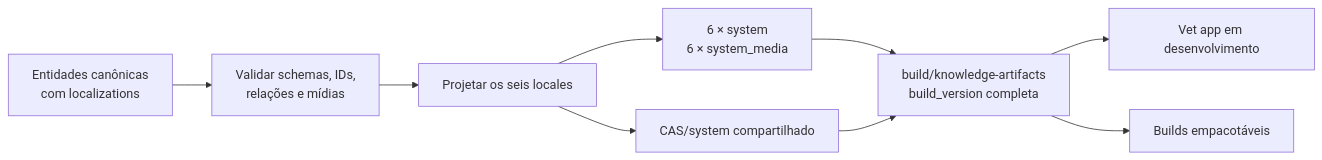
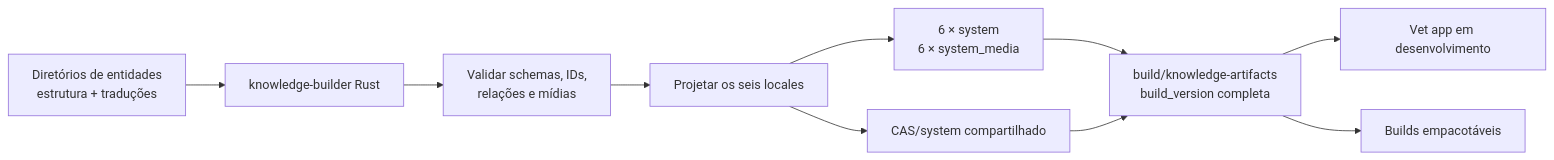
The diagram in docs/plans/hub-server/01-knowledge-artifacts-preparation.md (migmoroni/veterinary-clinic), drawn with Mermaid before and after one commit. The commit also changed other lines of this file and 7 other files, not shown here.

````diff
--- a/docs/plans/hub-server/01-knowledge-artifacts-preparation.md
+++ b/docs/plans/hub-server/01-knowledge-artifacts-preparation.md
@@ -55,11 +59,12 @@
 ```mermaid
 flowchart LR
-    SOURCE["Entidades canônicas<br/>com localizations"] --> VALIDATE["Validar schemas, IDs,<br/>relações e mídias"]
+    SOURCE["Diretórios de entidades<br/>estrutura + traduções"] --> BUILDER["knowledge-builder Rust"]
+    BUILDER --> VALIDATE["Validar schemas, IDs,<br/>relações e mídias"]
     VALIDATE --> PROJECT["Projetar os seis locales"]
     PROJECT --> DATABASES["6 × system<br/>6 × system_media"]
     PROJECT --> CAS["CAS/system compartilhado"]
     DATABASES --> BUILD["build/knowledge-artifacts<br/>build_version completa"]
     CAS --> BUILD
     BUILD --> DEV["Vet app em desenvolvimento"]
     BUILD --> PACKAGE["Builds empacotáveis"]
 ```
````
